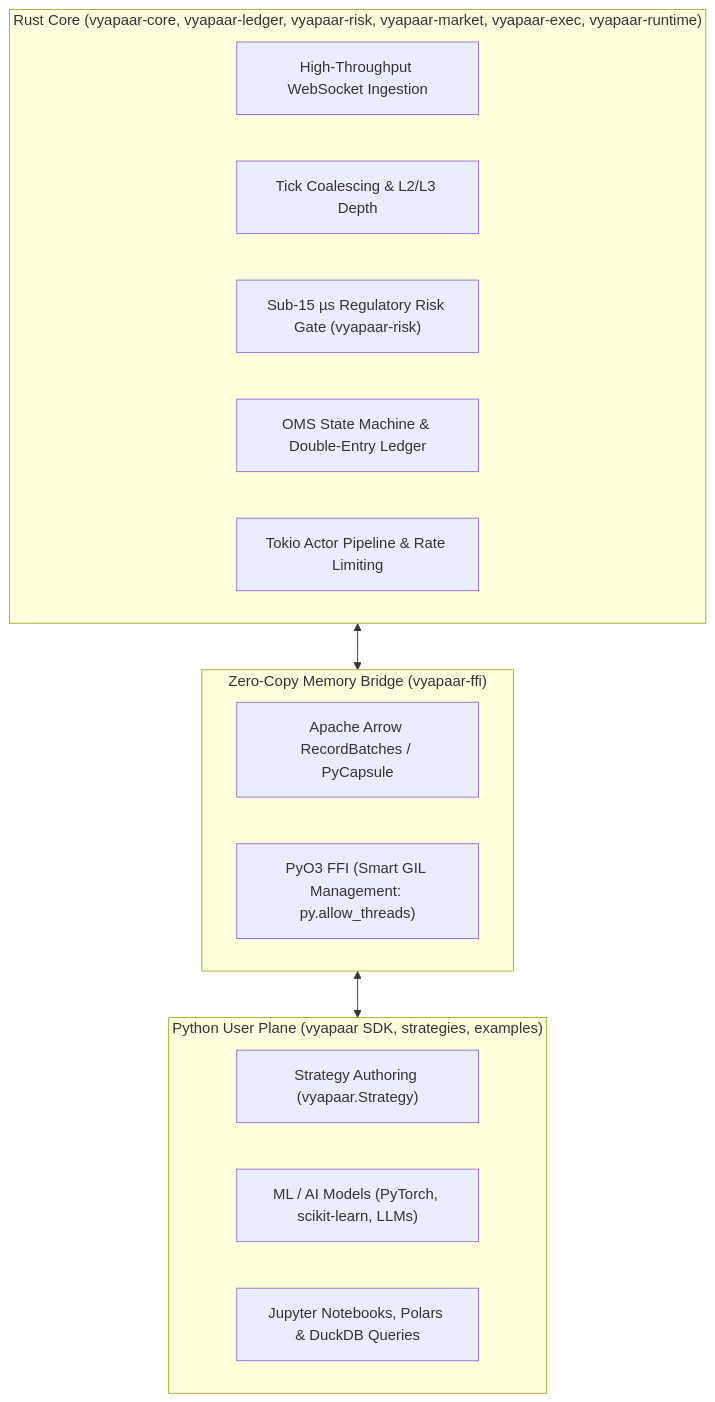
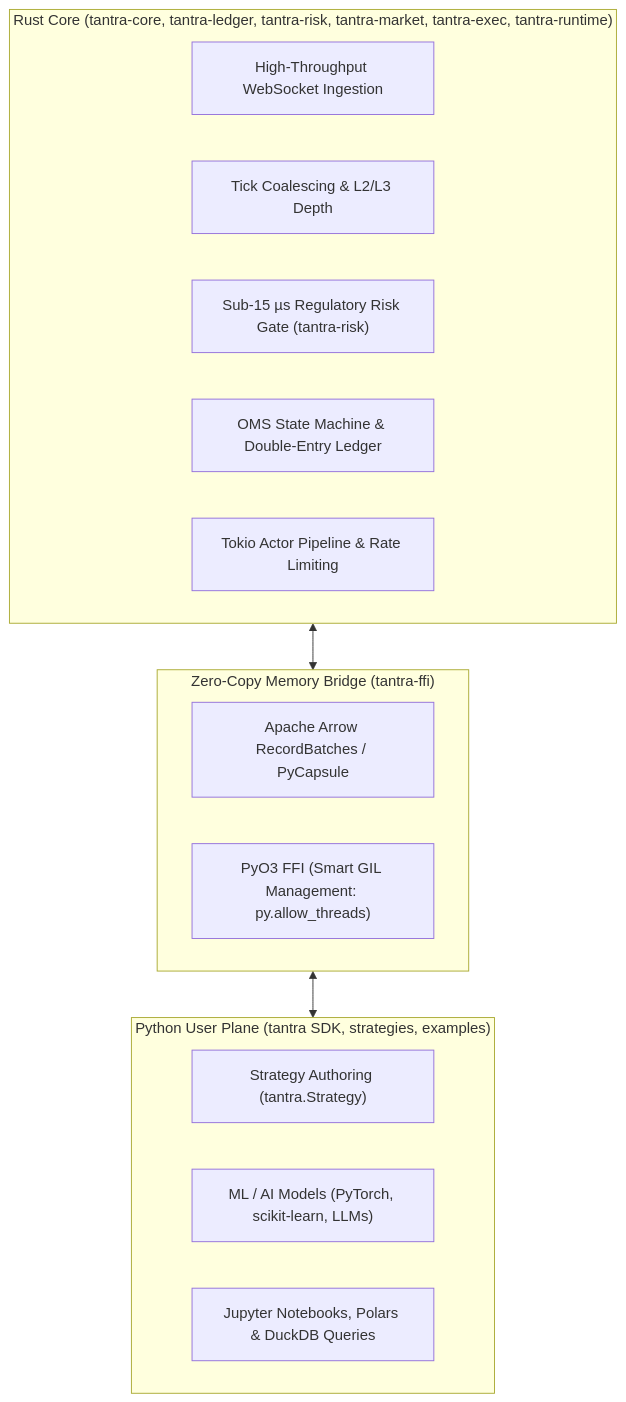
Before and after one commit to tantra-labs/tantra-labs: the second of 2 diagrams in .agents/AGENTS.md, drawn with Mermaid. The commit also changed other lines of this file and 28 other files, not shown here.

````diff
--- a/.agents/AGENTS.md
+++ b/.agents/AGENTS.md
@@ -257,24 +257,24 @@
 ```mermaid
 flowchart TD
-    subgraph RustCore["Rust Core (vyapaar-core, vyapaar-ledger, vyapaar-risk, vyapaar-market, vyapaar-exec, vyapaar-runtime)"]
+    subgraph RustCore["Rust Core (tantra-core, tantra-ledger, tantra-risk, tantra-market, tantra-exec, tantra-runtime)"]
         WS["High-Throughput WebSocket Ingestion"]
         Coalesce["Tick Coalescing & L2/L3 Depth"]
-        RiskGate["Sub-15 µs Regulatory Risk Gate (vyapaar-risk)"]
+        RiskGate["Sub-15 µs Regulatory Risk Gate (tantra-risk)"]
         OMSEngine["OMS State Machine & Double-Entry Ledger"]
         ActorSystem["Tokio Actor Pipeline & Rate Limiting"]
     end
 
-    subgraph MemoryBridge["Zero-Copy Memory Bridge (vyapaar-ffi)"]
+    subgraph MemoryBridge["Zero-Copy Memory Bridge (tantra-ffi)"]
         Arrow["Apache Arrow RecordBatches / PyCapsule"]
         PyO3["PyO3 FFI (Smart GIL Management: py.allow_threads)"]
     end
 
-    subgraph PythonLayer["Python User Plane (vyapaar SDK, strategies, examples)"]
-        StrategyCode["Strategy Authoring (vyapaar.Strategy)"]
+    subgraph PythonLayer["Python User Plane (tantra SDK, strategies, examples)"]
+        StrategyCode["Strategy Authoring (tantra.Strategy)"]
         MLAI["ML / AI Models (PyTorch, scikit-learn, LLMs)"]
         Research["Jupyter Notebooks, Polars & DuckDB Queries"]
     end
 
     RustCore <--> MemoryBridge
     MemoryBridge <--> PythonLayer
 ```
````
